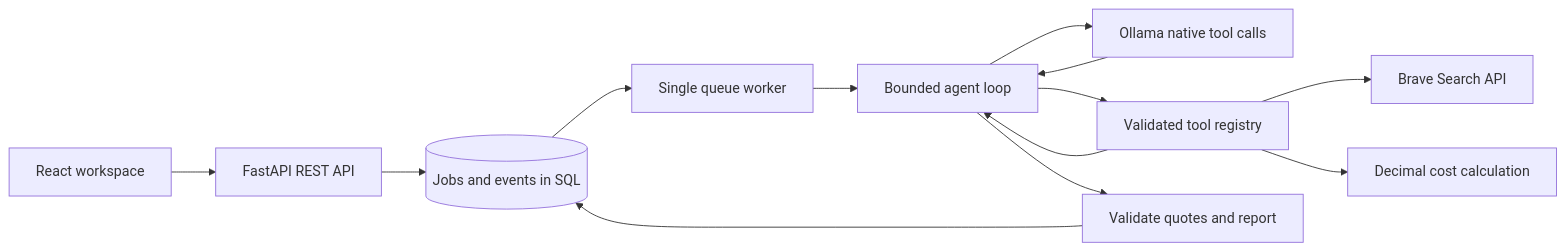
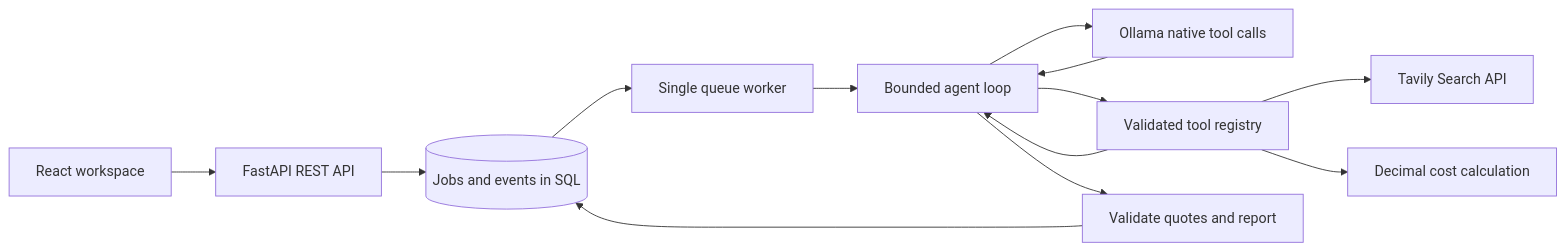
Before and after one commit to JoseLM03/product-research-agent: the diagram in README.md, drawn with Mermaid. The commit also changed other lines of this file and 18 other files, not shown here.

````diff
--- a/README.md
+++ b/README.md
@@ -29,15 +29,15 @@
 ```mermaid
 flowchart LR
   Browser[React workspace] --> API[FastAPI REST API]
   API --> SQL[(Jobs and events in SQL)]
   SQL --> Worker[Single queue worker]
   Worker --> Agent[Bounded agent loop]
   Agent --> Model[Ollama native tool calls]
   Model --> Agent
   Agent --> Tools[Validated tool registry]
-  Tools --> Search[Brave Search API]
+  Tools --> Search[Tavily Search API]
   Tools --> Calc[Decimal cost calculation]
   Tools --> Agent
   Agent --> Report[Validate quotes and report]
   Report --> SQL
 ```
````
